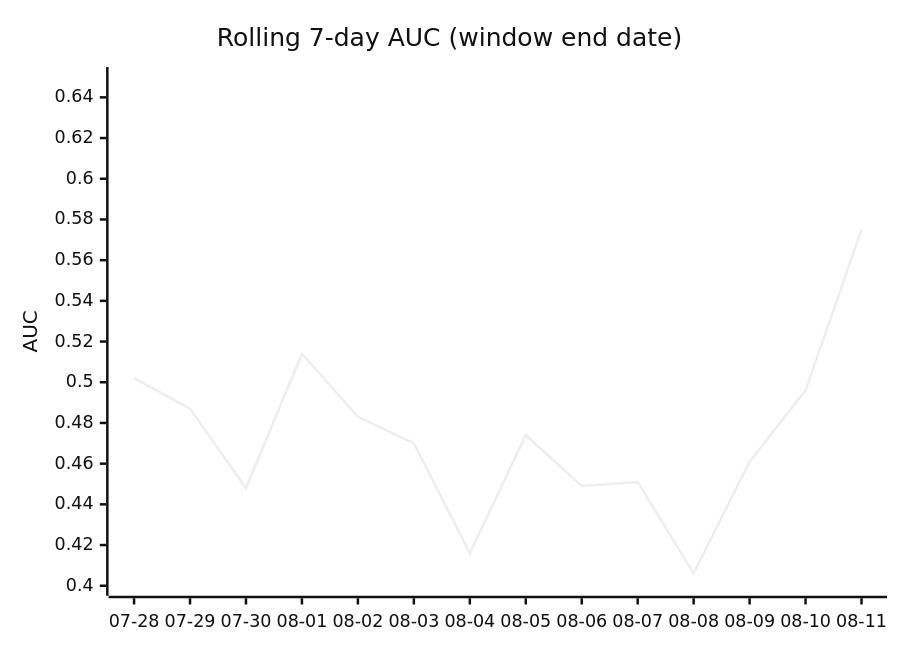
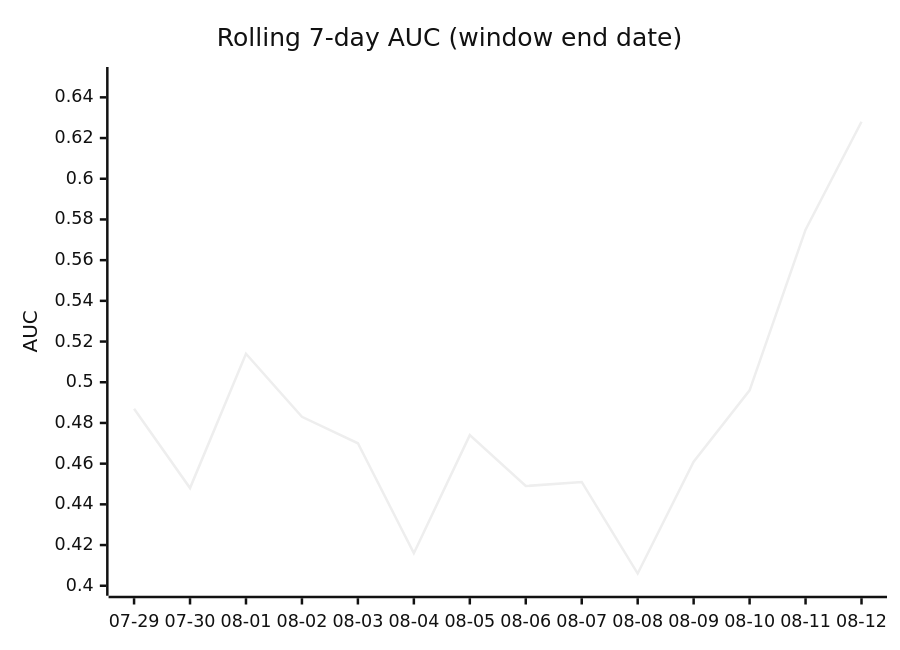
One commit to dpk1212/nhl-savant changed the third of 4 diagrams in DAILY_AGSU_REPORT.md. Above: the diagram before and after it, drawn with Mermaid (neutral theme). The commit also changed other lines of this file, not shown here.

````diff
--- a/DAILY_AGSU_REPORT.md
+++ b/DAILY_AGSU_REPORT.md
@@ -766,7 +787,7 @@
 ```mermaid
 xychart-beta
     title "Rolling 7-day AUC (window end date)"
-    x-axis ["07-28", "07-29", "07-30", "08-01", "08-02", "08-03", "08-04", "08-05", "08-06", "08-07", "08-08", "08-09", "08-10", "08-11"]
+    x-axis ["07-29", "07-30", "08-01", "08-02", "08-03", "08-04", "08-05", "08-06", "08-07", "08-08", "08-09", "08-10", "08-11", "08-12"]
     y-axis "AUC" 0.4 --> 0.65
-    line [0.502, 0.487, 0.448, 0.514, 0.483, 0.47, 0.416, 0.474, 0.449, 0.451, 0.406, 0.461, 0.496, 0.575]
+    line [0.487, 0.448, 0.514, 0.483, 0.47, 0.416, 0.474, 0.449, 0.451, 0.406, 0.461, 0.496, 0.575, 0.628]
 ```
````
